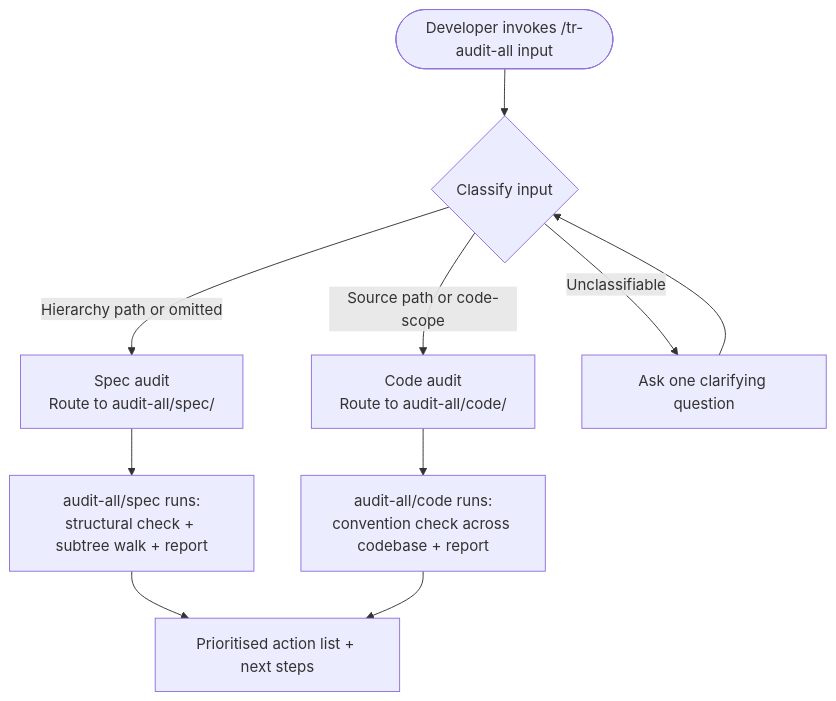
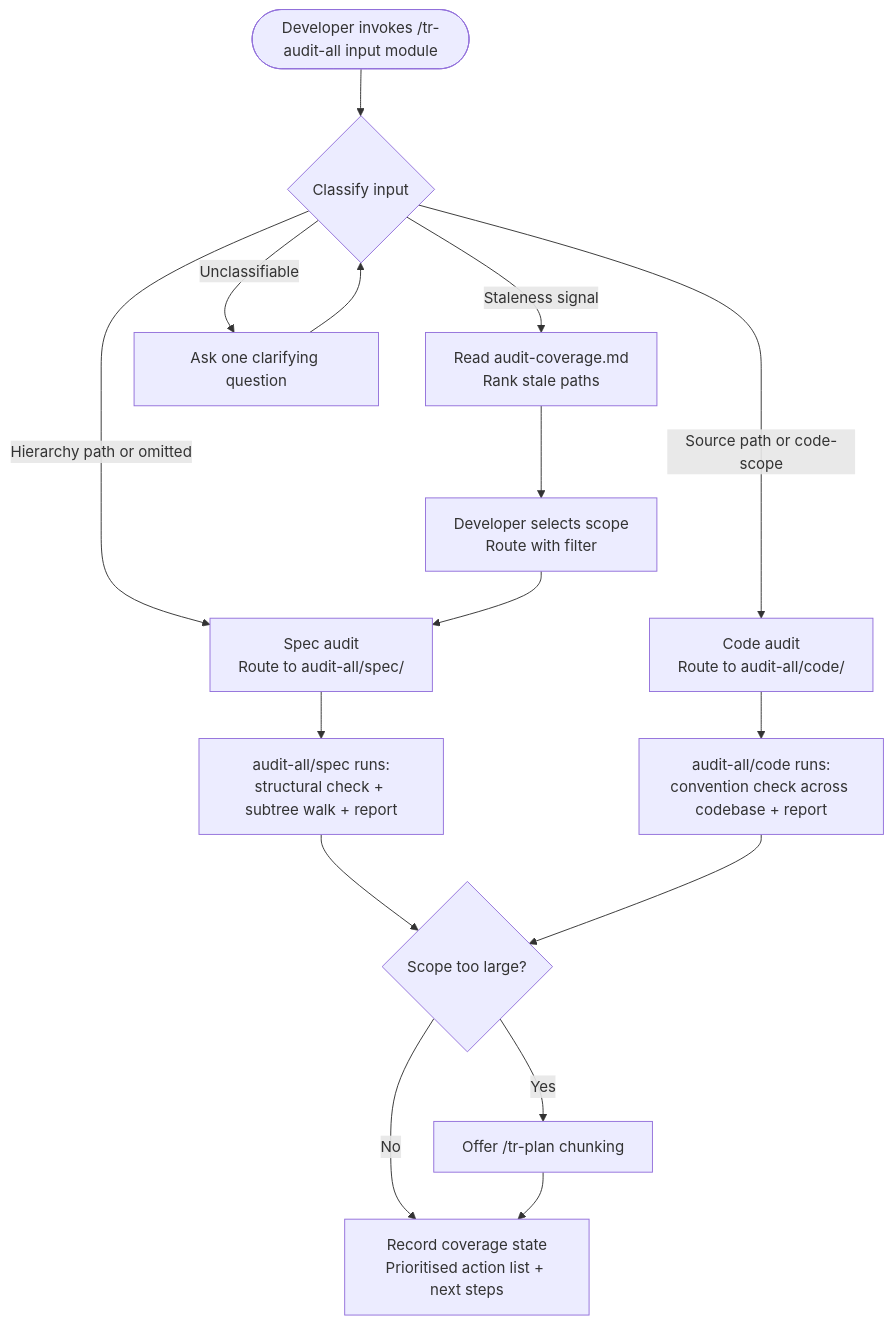
One commit to imix/taproot changed the diagram in taproot/specs/quality-audit/audit-all/usecase.md. Above: the diagram before and after it, drawn with Mermaid. The commit also changed other lines of this file and 17 other files, not shown here.

Commit message:
feat: link.md marker support, taproot init module prompt, audit-all coverage spec

````diff
--- a/taproot/specs/quality-audit/audit-all/usecase.md
+++ b/taproot/specs/quality-audit/audit-all/usecase.md
@@ -41,12 +59,18 @@
 ```mermaid
 flowchart TD
-    A([Developer invokes /tr-audit-all input]) --> B{Classify input}
+    A([Developer invokes /tr-audit-all input module]) --> B{Classify input}
     B -- Hierarchy path or omitted --> C[Spec audit\nRoute to audit-all/spec/]
     B -- Source path or code-scope --> D[Code audit\nRoute to audit-all/code/]
+    B -- Staleness signal --> S[Read audit-coverage.md\nRank stale paths]
     B -- Unclassifiable --> E[Ask one clarifying question]
     E --> B
+    S --> T[Developer selects scope\nRoute with filter]
+    T --> C
     C --> F[audit-all/spec runs:\nstructural check + subtree walk + report]
     D --> G[audit-all/code runs:\nconvention check across codebase + report]
-    F --> H[Prioritised action list + next steps]
-    G --> H
+    F --> L{Scope too large?}
+    G --> L
+    L -- Yes --> P[Offer /tr-plan chunking]
+    L -- No --> H[Record coverage state\nPrioritised action list + next steps]
+    P --> H
 ```
````
